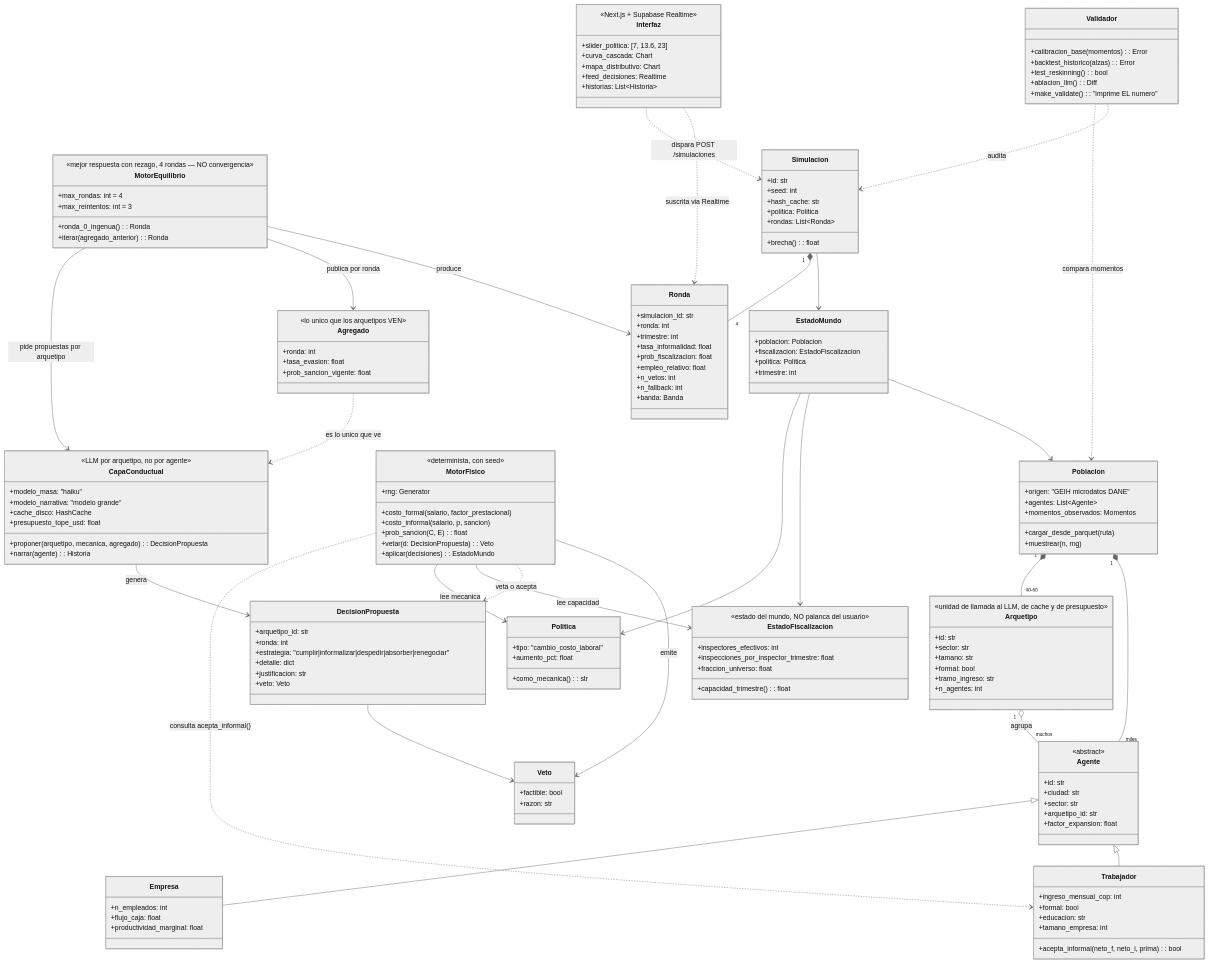
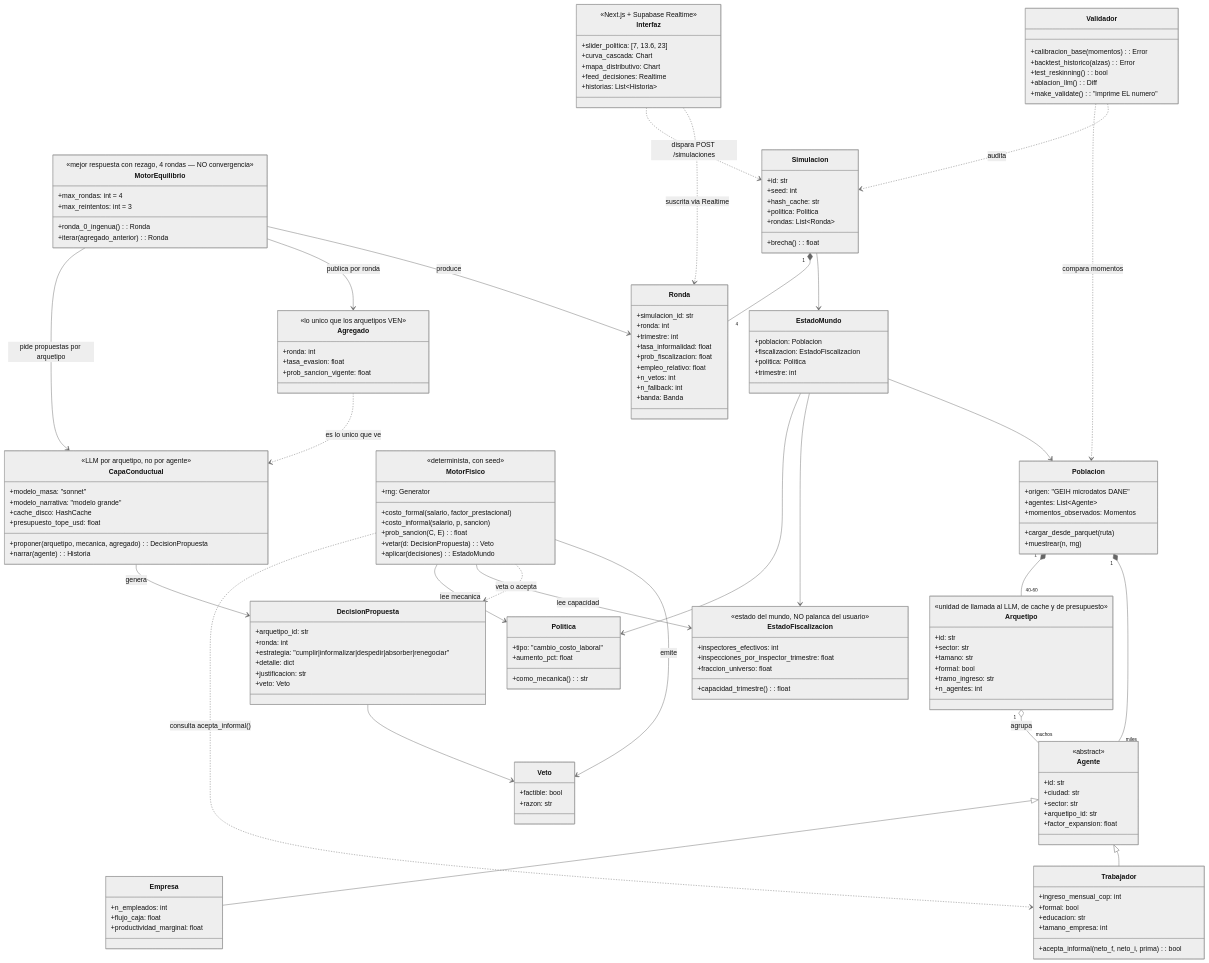
Before and after one commit to platanus-hack/platanus-hack-26-co-team-16: the diagram in docs/UML.md, drawn with Mermaid (neutral theme). The commit also changed 3 other files, not shown here.

```diff
--- a/docs/UML.md
+++ b/docs/UML.md
@@ -99,7 +99,7 @@
 
     class CapaConductual {
         <<LLM por arquetipo, no por agente>>
-        +modelo_masa: "haiku"
+        +modelo_masa: "sonnet"
         +modelo_narrativa: "modelo grande"
         +cache_disco: HashCache
         +presupuesto_tope_usd: float
```
